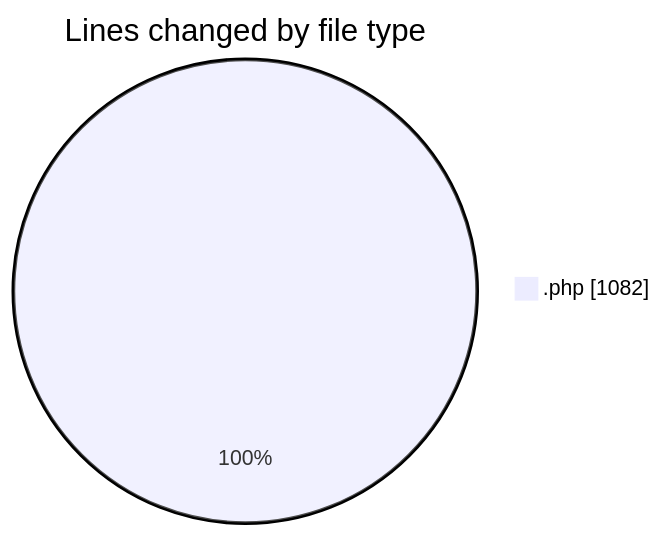
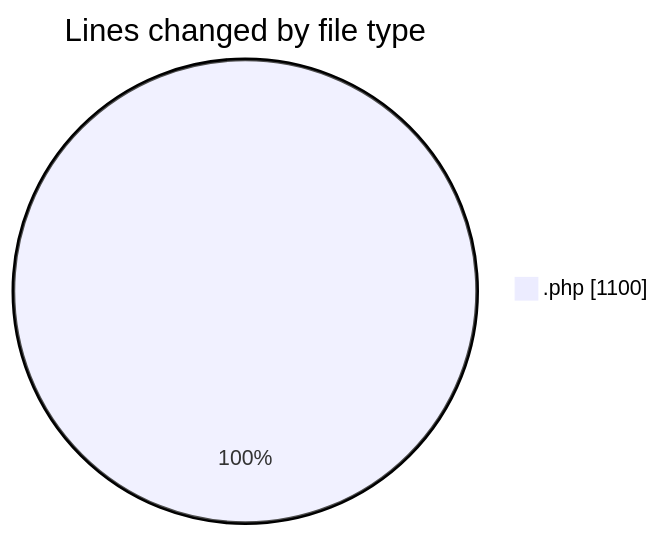
One commit to debugP/code-tracking changed the first of 2 diagrams in 2026-07-30/untitled__workspace_/README.md. Above: the diagram before and after it, drawn with Mermaid. The commit also changed other lines of this file and 1 other file, not shown here.

````diff
--- a/2026-07-30/untitled__workspace_/README.md
+++ b/2026-07-30/untitled__workspace_/README.md
@@ -20,5 +20,5 @@
 ```mermaid
 pie showData
 title Lines changed by file type
-".php" : 1082
+".php" : 1100
 ```
````
